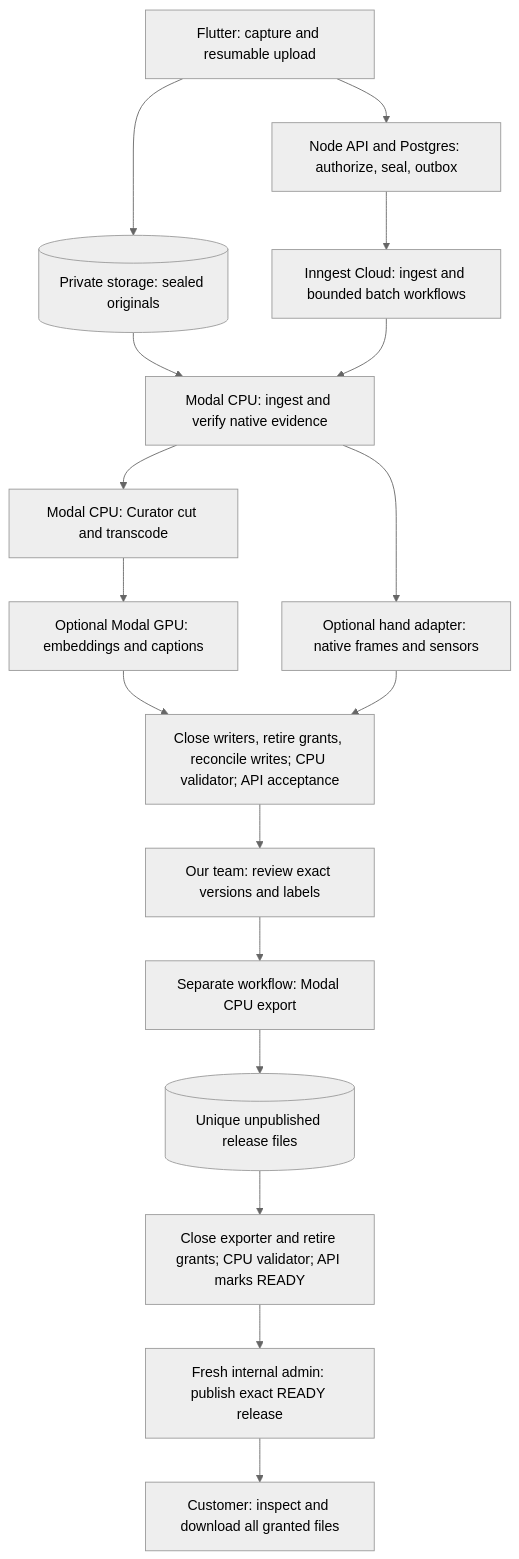
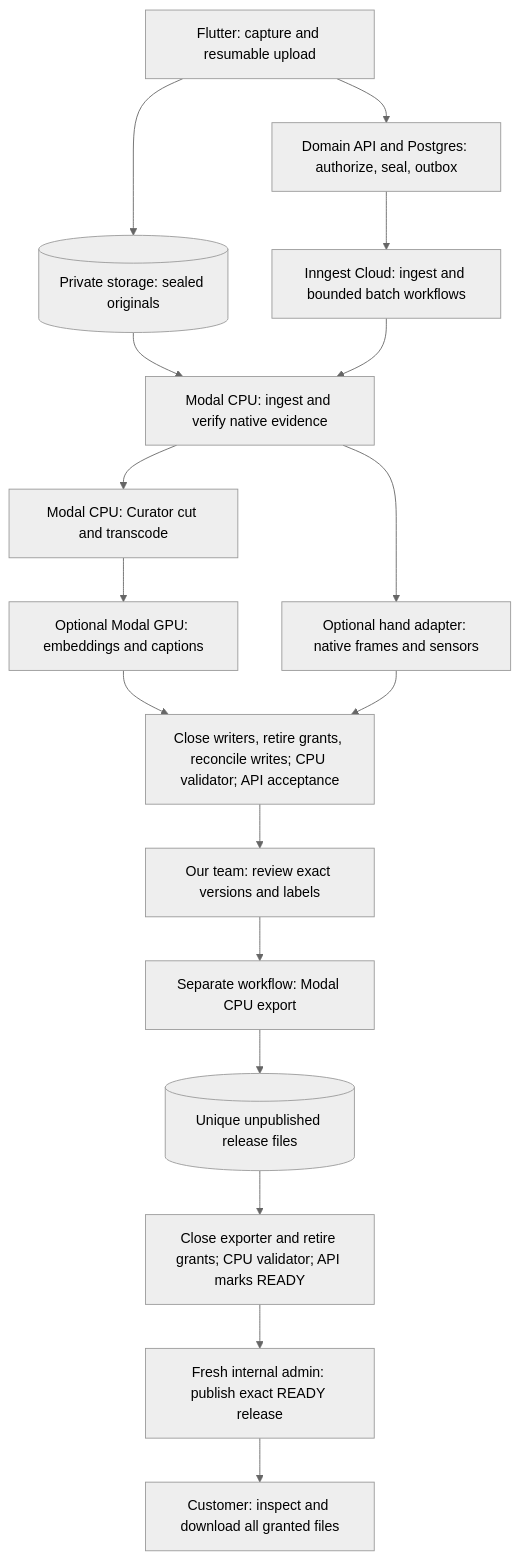
One commit to StateAction-ai/stateaction changed the diagram in docs/components/pipeline-execution-and-data-flow.md. Above: the diagram before and after it, drawn with Mermaid (neutral theme). The commit also changed other lines of this file and 12 other files, not shown here.

````diff
--- a/docs/components/pipeline-execution-and-data-flow.md
+++ b/docs/components/pipeline-execution-and-data-flow.md
@@ -15,19 +15,19 @@
 ```mermaid
 flowchart TD
     phone["Flutter: capture and resumable upload"] --> raw[("Private storage: sealed originals")]
-    phone --> api["Node API and Postgres: authorize, seal, outbox"]
+    phone --> api["Domain API and Postgres: authorize, seal, outbox"]
     api --> flow["Inngest Cloud: ingest and bounded batch workflows"]
     raw --> ingest["Modal CPU: ingest and verify native evidence"]
     flow --> ingest
     ingest --> prep["Modal CPU: Curator cut and transcode"]
     prep --> enrich["Optional Modal GPU: embeddings and captions"]
     ingest --> hands["Optional hand adapter: native frames and sensors"]
     enrich --> accepted["Close writers, retire grants, reconcile writes; CPU validator; API acceptance"]
     hands --> accepted
     accepted --> review["Our team: review exact versions and labels"]
     review --> export["Separate workflow: Modal CPU export"]
     export --> candidate[("Unique unpublished release files")]
     candidate --> check["Close exporter and retire grants; CPU validator; API marks READY"]
     check --> publish["Fresh internal admin: publish exact READY release"]
     publish --> customer["Customer: inspect and download all granted files"]
 ```
````
